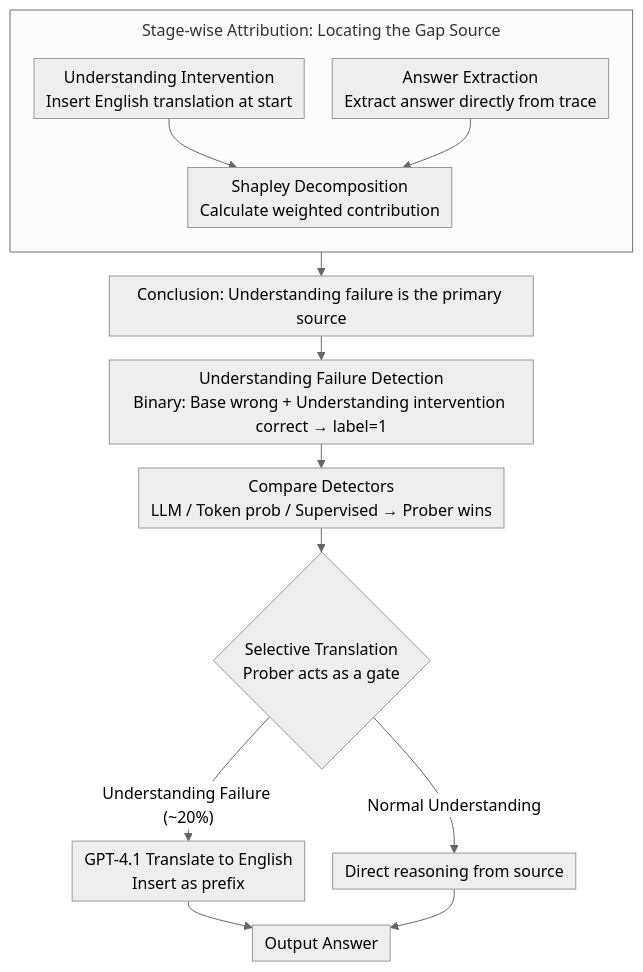
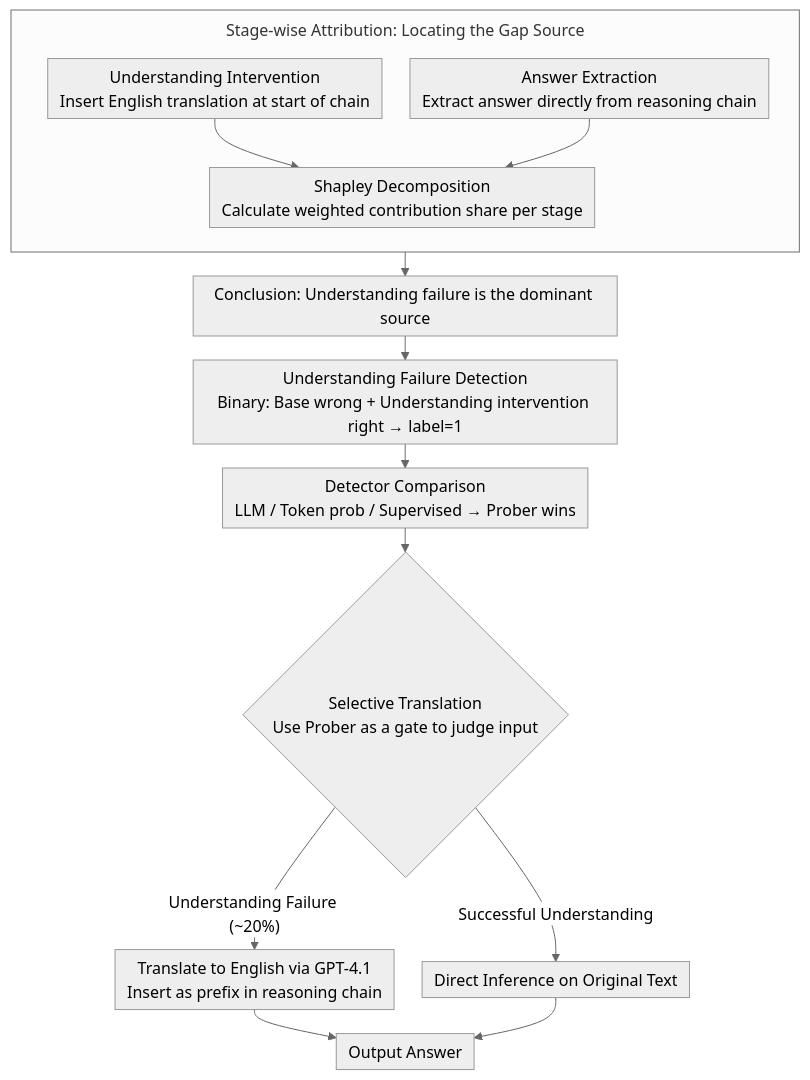
Before and after one commit to zhaoyang97/Paper-Notes-en: the diagram in docs/ACL2026/multilingual_mt/why_do_multilingual_reasoning_gaps_emerge_in_reasoning_language_models.md, drawn with Mermaid (neutral theme). The commit also changed other lines of this file and 5084 other files, not shown here.

````diff
--- a/docs/ACL2026/multilingual_mt/why_do_multilingual_reasoning_gaps_emerge_in_reasoning_language_models.md
+++ b/docs/ACL2026/multilingual_mt/why_do_multilingual_reasoning_gaps_emerge_in_reasoning_language_models.md
@@ -44,17 +44,17 @@
 ```mermaid
 %%{init: {'flowchart': {'rankSpacing': 24, 'nodeSpacing': 28, 'padding': 6, 'wrappingWidth': 400, 'subGraphTitleMargin': {'top': 8, 'bottom': 16}}}}%%
 flowchart TD
     subgraph ATTR["Stage-wise Attribution: Locating the Gap Source"]
         direction TB
-        A1["Understanding Intervention<br/>Insert English translation at start"] --> A3["Shapley Decomposition<br/>Calculate weighted contribution"]
-        A2["Answer Extraction<br/>Extract answer directly from trace"] --> A3
+        A1["Understanding Intervention<br/>Insert English translation at start of chain"] --> A3["Shapley Decomposition<br/>Calculate weighted contribution share per stage"]
+        A2["Answer Extraction<br/>Extract answer directly from reasoning chain"] --> A3
     end
-    ATTR --> C["Conclusion: Understanding failure is the primary source"]
-    C --> DET["Understanding Failure Detection<br/>Binary: Base wrong + Understanding intervention correct → label=1"]
-    DET --> P["Compare Detectors<br/>LLM / Token prob / Supervised → Prober wins"]
-    P --> SEL{"Selective Translation<br/>Prober acts as a gate"}
-    SEL -->|"Understanding Failure (~20%)"| T["GPT-4.1 Translate to English<br/>Insert as prefix"]
-    SEL -->|"Normal Understanding"| O["Direct reasoning from source"]
+    ATTR --> C["Conclusion: Understanding failure is the dominant source"]
+    C --> DET["Understanding Failure Detection<br/>Binary: Base wrong + Understanding intervention right → label=1"]
+    DET --> P["Detector Comparison<br/>LLM / Token prob / Supervised → Prober wins"]
+    P --> SEL{"Selective Translation<br/>Use Prober as a gate to judge input"}
+    SEL -->|"Understanding Failure (~20%)"| T["Translate to English via GPT-4.1<br/>Insert as prefix in reasoning chain"]
+    SEL -->|"Successful Understanding"| O["Direct Inference on Original Text"]
     T --> ANS["Output Answer"]
     O --> ANS
 ```
````
